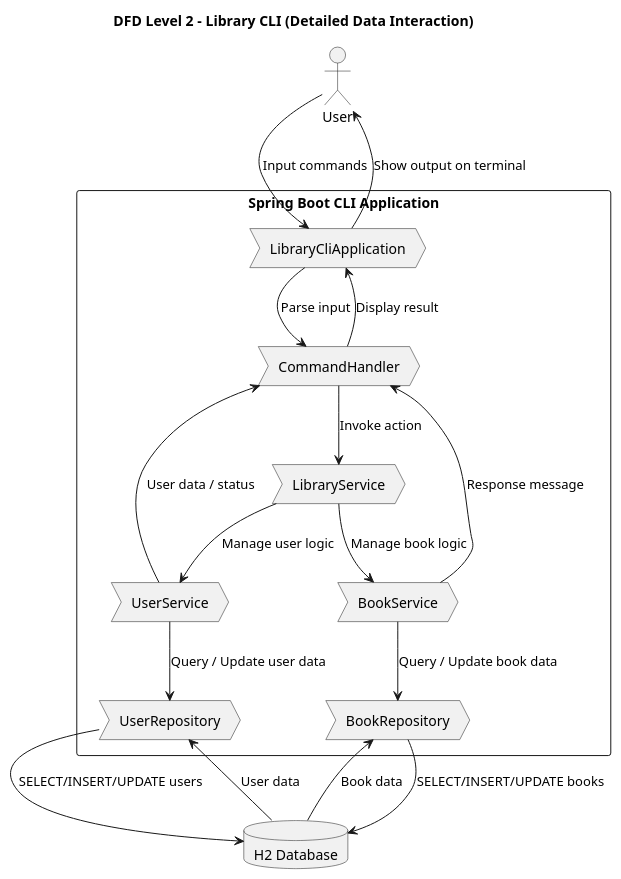
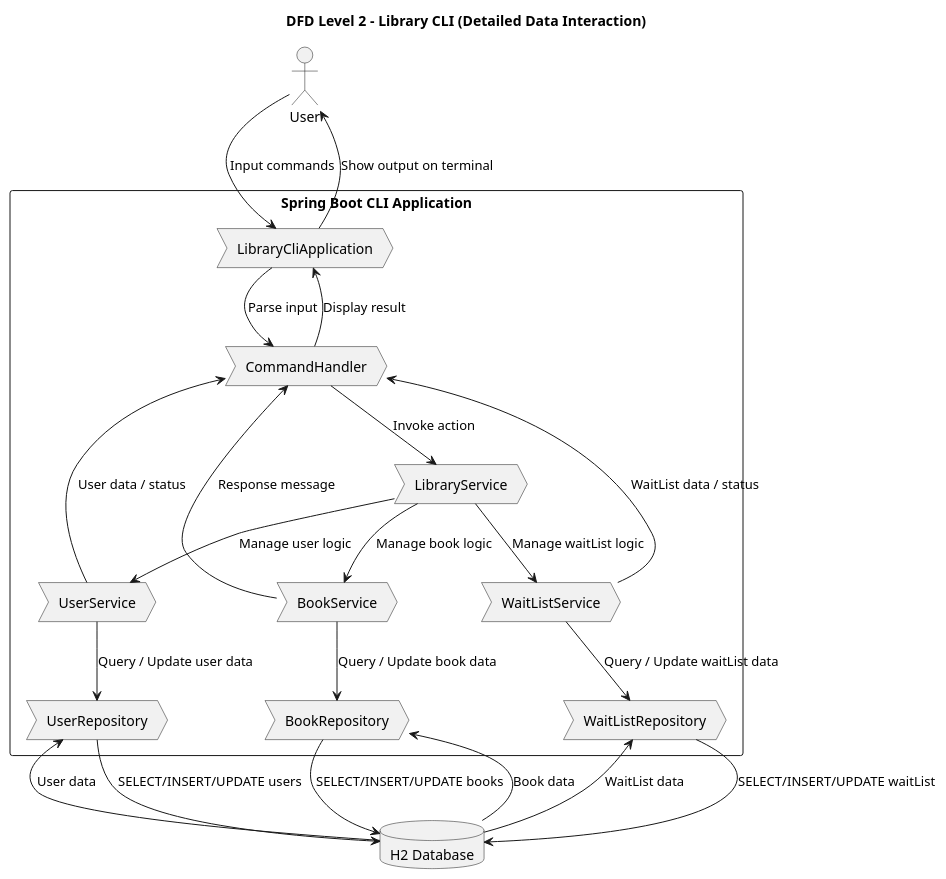
Before and after one commit to hafizferoz/libraryms: the diagram in src/main/docs/LMS_Flow_Diagram.puml, drawn with PlantUML. The commit also changed 4 other files, not shown here.

Commit message:
update design flow

```diff
--- a/src/main/docs/LMS_Flow_Diagram.puml
+++ b/src/main/docs/LMS_Flow_Diagram.puml
@@ -1,38 +1,45 @@
 @startuml
 title DFD Level 2 - Library CLI (Detailed Data Interaction)
 
 actor "User" as user
 
 rectangle "Spring Boot CLI Application" {
   process "LibraryCliApplication" as cli
   process "CommandHandler" as handler
   process "LibraryService" as libraryService
   process "UserService" as userService
   process "BookService" as bookService
+  process "WaitListService" as waitListService
   process "UserRepository" as userRepo
   process "BookRepository" as bookRepo
+  process "WaitListRepository" as waitListRepo
 }
 
 database "H2 Database" as h2
 
 user --> cli : Input commands
 cli --> handler : Parse input
 handler --> libraryService : Invoke action
 libraryService --> userService : Manage user logic
 libraryService --> bookService : Manage book logic
+libraryService --> waitListService : Manage waitList logic
 
 userService --> userRepo : Query / Update user data
 bookService --> bookRepo : Query / Update book data
+waitListService --> waitListRepo : Query / Update waitList data
 
 userRepo --> h2 : SELECT/INSERT/UPDATE users
 bookRepo --> h2 : SELECT/INSERT/UPDATE books
+waitListRepo --> h2 : SELECT/INSERT/UPDATE waitList
 
 h2 --> userRepo : User data
 h2 --> bookRepo : Book data
+h2 --> waitListRepo : WaitList data
 
 bookService --> handler : Response message
 userService --> handler : User data / status
+waitListService --> handler : WaitList data / status
 handler --> cli : Display result
 cli --> user : Show output on terminal
 
 @enduml
```
